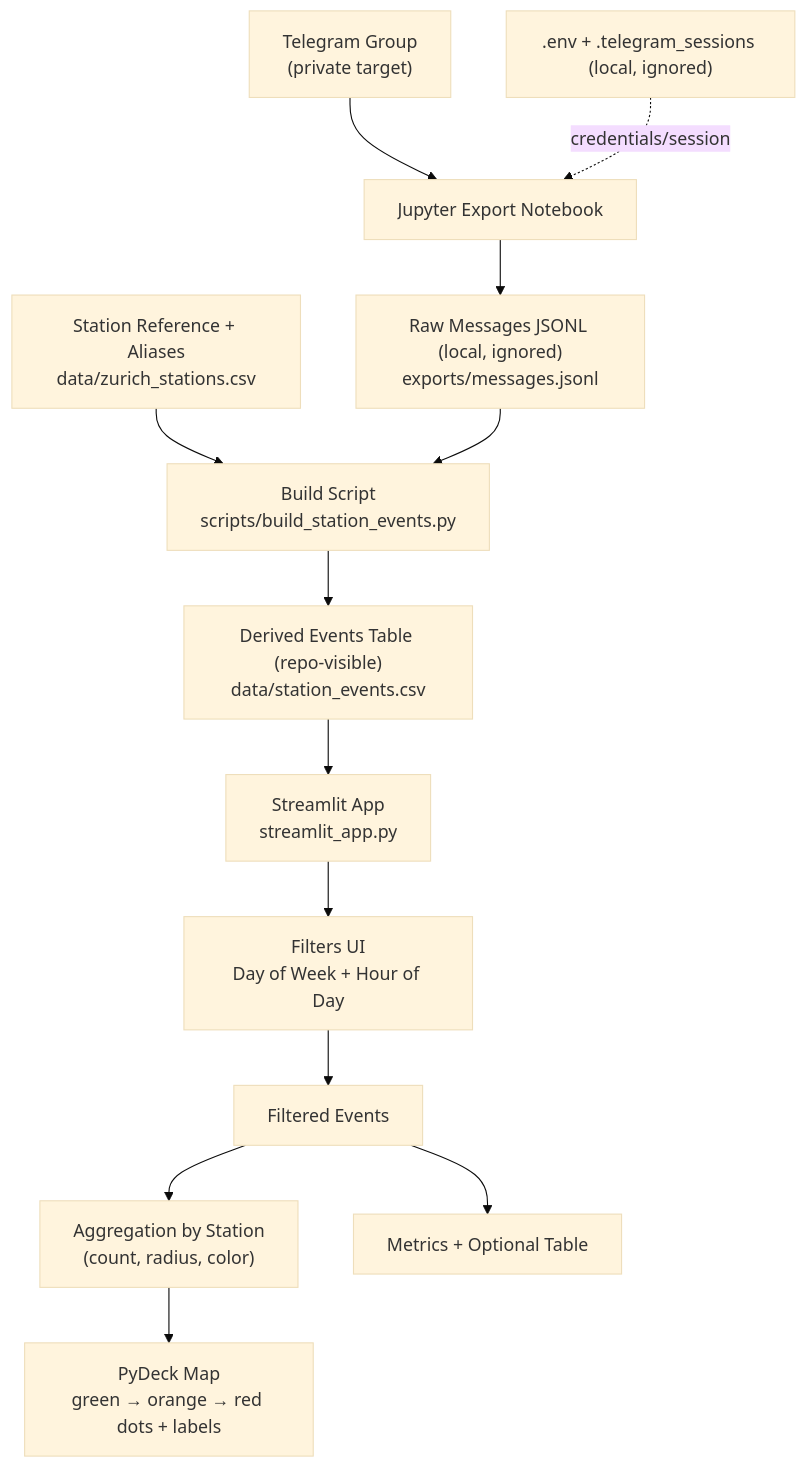
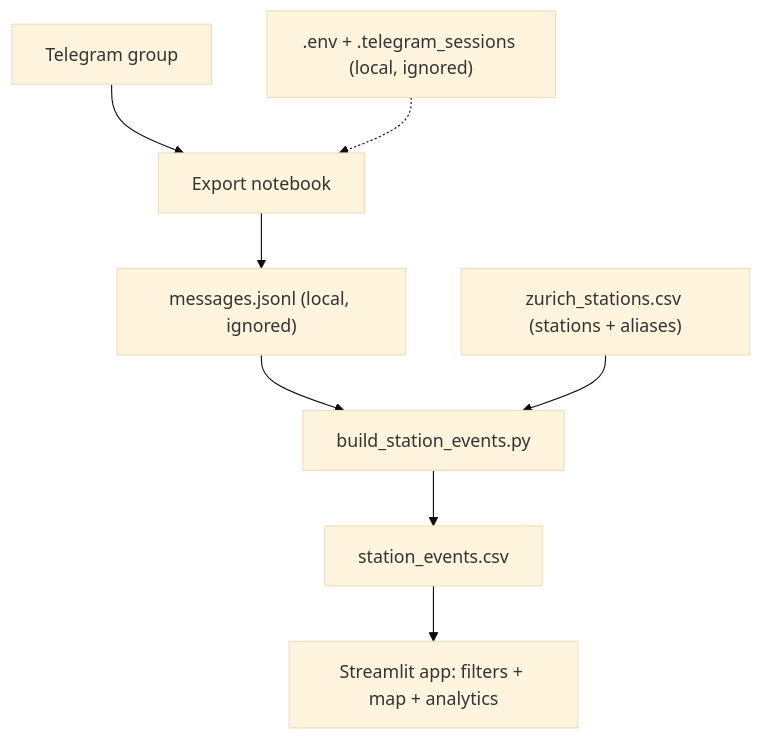
Before and after one commit to JeanMichelChien/projet_controller_spotter_v2: the diagram in ARCHITECTURE.md, drawn with Mermaid (base theme). The commit also changed 2 other files, not shown here.

Commit message:
Enhance station matching logic with direction handling
- Introduced direction markers and a blocklist for prefix tokens to improve station matching accuracy.
- Updated `find_exact_station_match`, `find_fuzzy_station_match`, and `find_alias_station_match` functions to consider direction markers.
- Added new functions `prefix_before_direction` and `find_direction_prefix_token_match` for handling terse direction phrases.
- Modified `build_station_events` to prioritize direction-based matches before exact and fuzzy matches.
- Improved overall matching logic to ensure better handling of transport-related queries.

````diff
--- a/ARCHITECTURE.md
+++ b/ARCHITECTURE.md
@@ -3,19 +3,11 @@
 ```mermaid
 flowchart TD
-    A["Telegram Group<br/>(private target)"] --> B["Jupyter Export Notebook"]
-    B --> C["Raw Messages JSONL (local, ignored)<br/>exports/messages.jsonl"]
+    A["Telegram group"] --> B["Export notebook"]
+    B --> C["messages.jsonl (local, ignored)"]
+    C --> D["build_station_events.py"]
+    E["zurich_stations.csv (stations + aliases)"] --> D
+    D --> F["station_events.csv"]
+    F --> G["Streamlit app: filters + map + analytics"]
 
-    D["Station Reference + Aliases<br/>data/zurich_stations.csv"] --> E["Build Script<br/>scripts/build_station_events.py"]
-    C --> E
-
-    E --> F["Derived Events Table (repo-visible)<br/>data/station_events.csv"]
-
-    F --> G["Streamlit App<br/>streamlit_app.py"]
-    G --> H["Filters UI<br/>Day of Week + Hour of Day"]
-    H --> I["Filtered Events"]
-    I --> J["Aggregation by Station<br/>(count, radius, color)"]
-    J --> K["PyDeck Map<br/>green → orange → red dots + labels"]
-    I --> L["Metrics + Optional Table"]
-
-    M[".env + .telegram_sessions (local, ignored)"] -. "credentials/session" .-> B
+    H[".env + .telegram_sessions (local, ignored)"] -.-> B
 ```
````
